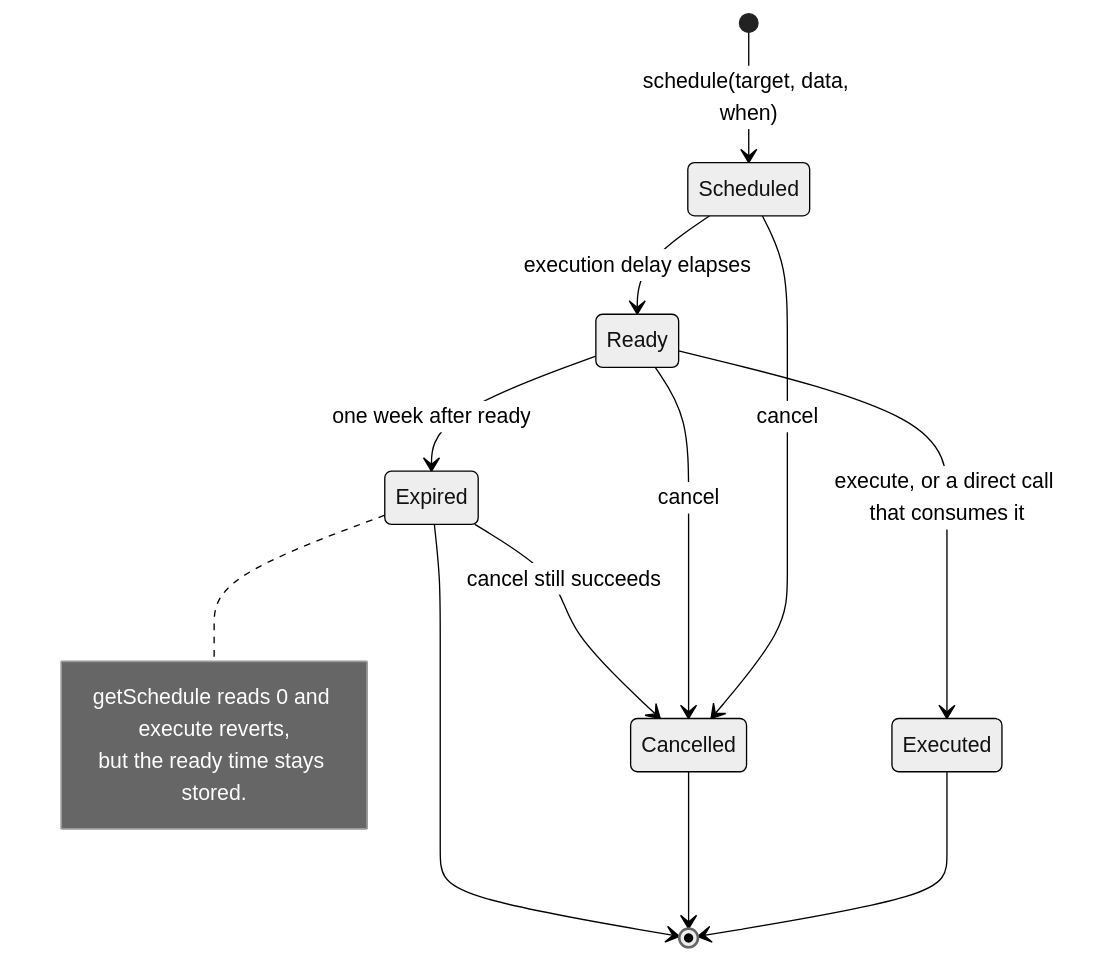
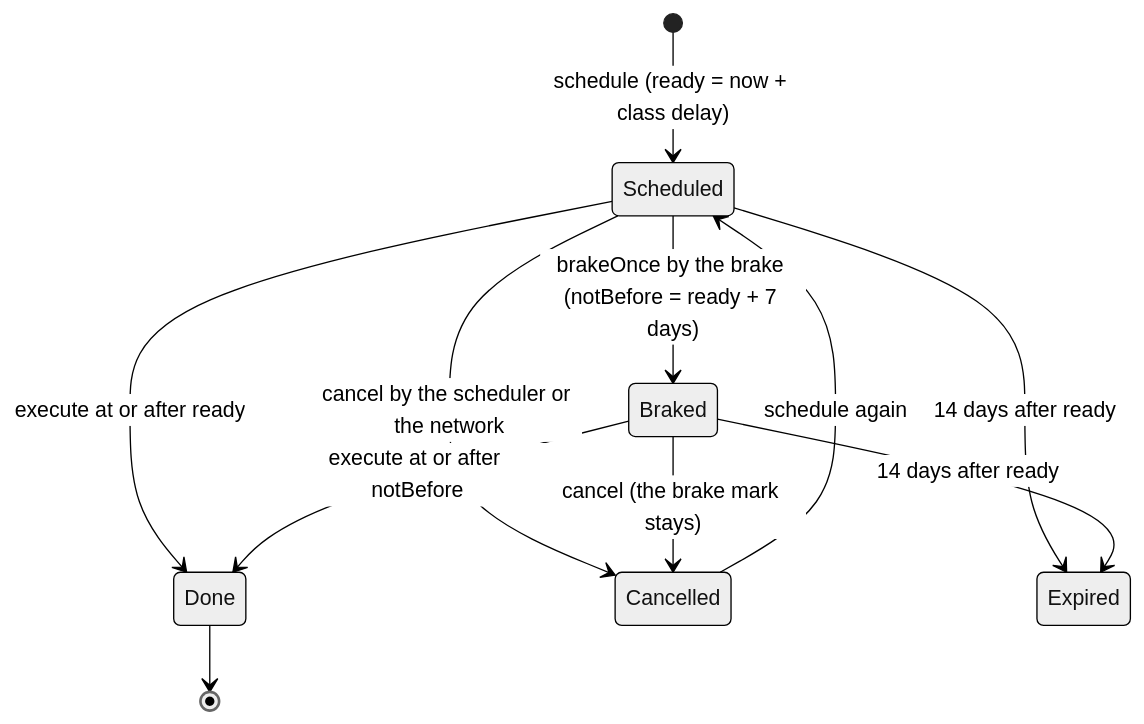
Before and after one commit to 6529-Collections/6529-works: the second of 4 diagrams in docs/spec/governance.md, drawn with Mermaid (neutral theme). The commit also changed other lines of this file and 352 other files, not shown here.

````diff
--- a/docs/spec/governance.md
+++ b/docs/spec/governance.md
@@ -140,17 +126,13 @@
 ```mermaid
 stateDiagram-v2
-    [*] --> Scheduled : schedule(target, data, when)
-    Scheduled --> Ready : execution delay elapses
-    Scheduled --> Cancelled : cancel
-    Ready --> Executed : execute, or a direct call that consumes it
-    Ready --> Cancelled : cancel
-    Ready --> Expired : one week after ready
-    Expired --> Cancelled : cancel still succeeds
-    Executed --> [*]
-    Cancelled --> [*]
-    Expired --> [*]
-    note right of Expired
-        getSchedule reads 0 and execute reverts,
-        but the ready time stays stored.
-    end note
+    [*] --> Scheduled : schedule (ready = now + class delay)
+    Scheduled --> Braked : brakeOnce by the brake (notBefore = ready + 7 days)
+    Scheduled --> Done : execute at or after ready
+    Braked --> Done : execute at or after notBefore
+    Scheduled --> Cancelled : cancel by the scheduler or the network
+    Braked --> Cancelled : cancel (the brake mark stays)
+    Cancelled --> Scheduled : schedule again
+    Scheduled --> Expired : 14 days after ready
+    Braked --> Expired : 14 days after ready
+    Done --> [*]
 ```
````
